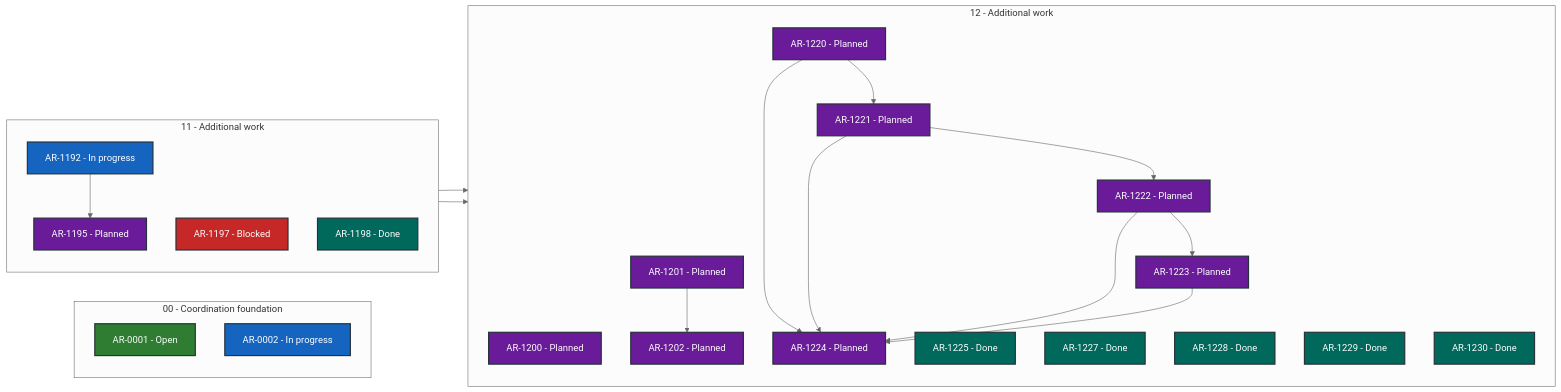
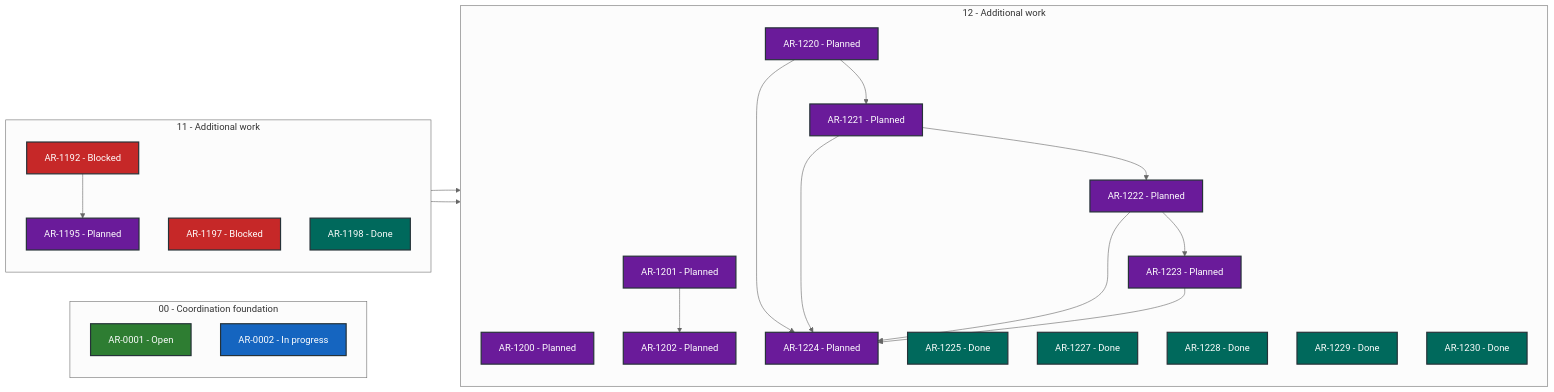
The diagram in STATUS.md (martin-beck/asb-tui-state), drawn with Mermaid (neutral theme) before and after one commit. The commit also changed other lines of this file and 2 other files, not shown here.

````diff
--- a/STATUS.md
+++ b/STATUS.md
@@ -27,50 +27,50 @@
 ```mermaid
 flowchart LR
     subgraph series_00["00 - Coordination foundation"]
         direction TB
         AR_0001["AR-0001 - Open"]:::status_open
         AR_0002["AR-0002 - In progress"]:::status_in_progress
     end
     subgraph series_11["11 - Additional work"]
         direction TB
-        AR_1192["AR-1192 - In progress"]:::status_in_progress
+        AR_1192["AR-1192 - Blocked"]:::status_blocked
         AR_1195["AR-1195 - Planned"]:::status_planned
         AR_1197["AR-1197 - Blocked"]:::status_blocked
         AR_1198["AR-1198 - Done"]:::status_done
     end
     subgraph series_12["12 - Additional work"]
         direction TB
         AR_1200["AR-1200 - Planned"]:::status_planned
         AR_1201["AR-1201 - Planned"]:::status_planned
         AR_1202["AR-1202 - Planned"]:::status_planned
         AR_1220["AR-1220 - Planned"]:::status_planned
         AR_1221["AR-1221 - Planned"]:::status_planned
         AR_1222["AR-1222 - Planned"]:::status_planned
         AR_1223["AR-1223 - Planned"]:::status_planned
         AR_1224["AR-1224 - Planned"]:::status_planned
         AR_1225["AR-1225 - Done"]:::status_done
         AR_1227["AR-1227 - Done"]:::status_done
         AR_1228["AR-1228 - Done"]:::status_done
         AR_1229["AR-1229 - Done"]:::status_done
         AR_1230["AR-1230 - Done"]:::status_done
     end
     AR_1192 --> AR_1195
     AR_1195 --> AR_1200
     AR_1197 --> AR_1201
     AR_1201 --> AR_1202
     AR_1220 --> AR_1221
     AR_1220 --> AR_1224
     AR_1221 --> AR_1222
     AR_1221 --> AR_1224
     AR_1222 --> AR_1223
     AR_1222 --> AR_1224
     AR_1223 --> AR_1224
     classDef status_in_progress fill:#1565c0,color:#ffffff,stroke:#263238,stroke-width:2px
     classDef status_open fill:#2e7d32,color:#ffffff,stroke:#263238,stroke-width:2px
     classDef status_blocked fill:#c62828,color:#ffffff,stroke:#263238,stroke-width:2px
     classDef status_planned fill:#6a1b9a,color:#ffffff,stroke:#263238,stroke-width:2px
     classDef status_future fill:#455a64,color:#ffffff,stroke:#263238,stroke-width:2px
     classDef status_done fill:#00695c,color:#ffffff,stroke:#263238,stroke-width:2px
     classDef status_cancelled fill:#616161,color:#ffffff,stroke:#263238,stroke-width:2px
     classDef status_superseded fill:#5d4037,color:#ffffff,stroke:#263238,stroke-width:2px
 ```
````
